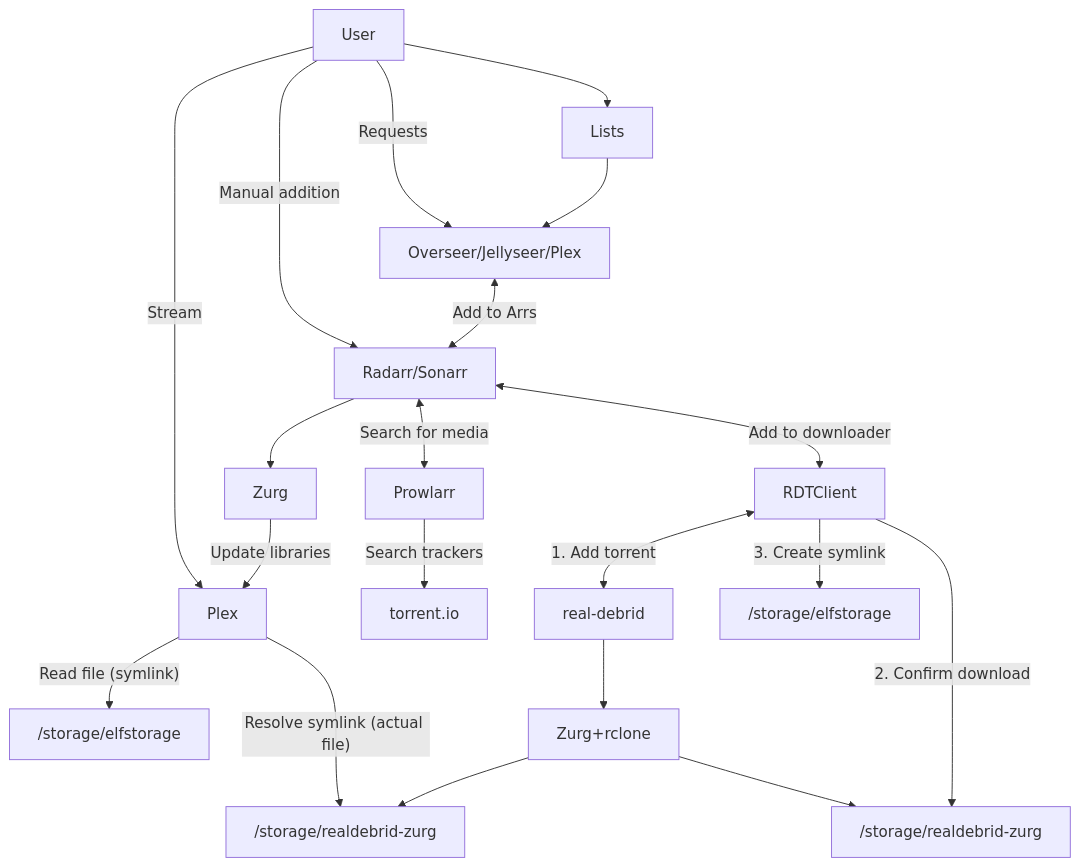
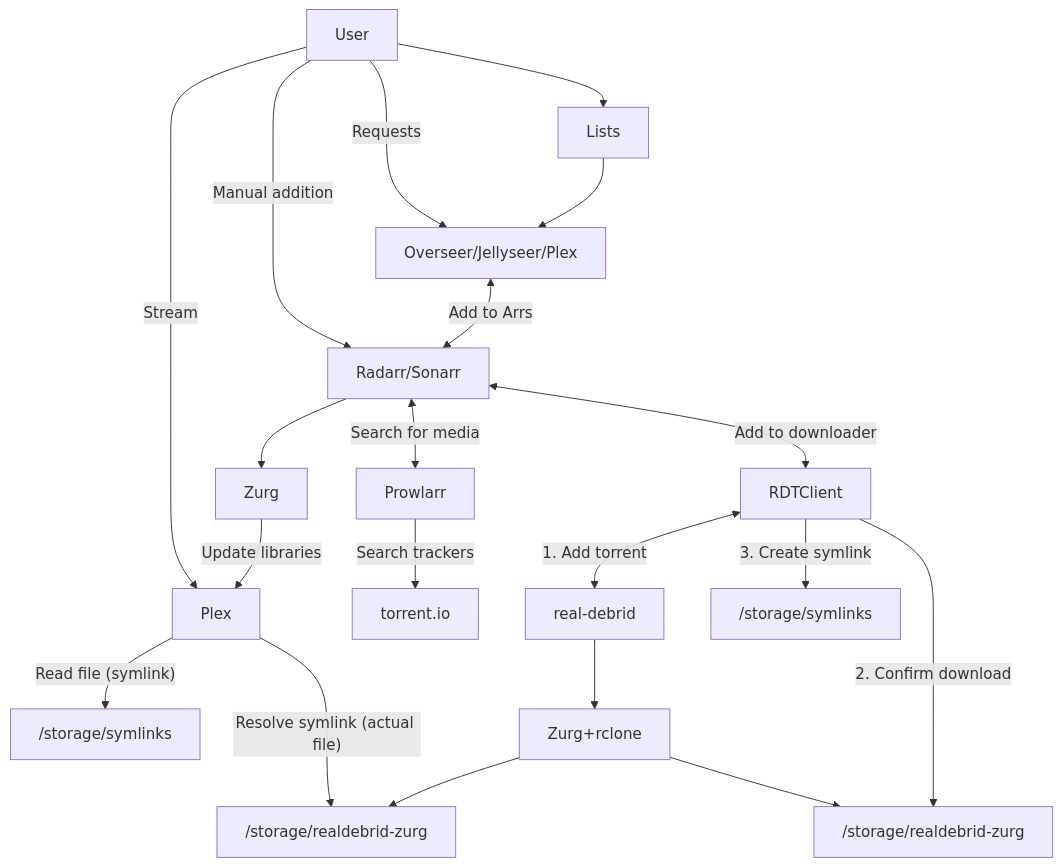
Before and after one commit to elfhosted/elfhosted.com: the diagram in docs/guides/media/stream-from-real-debrid-with-plex-radarr-sonarr-prowlarr.md, drawn with Mermaid. The commit also changed other lines of this file and 3 other files, not shown here.

````diff
--- a/docs/guides/media/stream-from-real-debrid-with-plex-radarr-sonarr-prowlarr.md
+++ b/docs/guides/media/stream-from-real-debrid-with-plex-radarr-sonarr-prowlarr.md
@@ -37,29 +37,29 @@
 ```mermaid
 flowchart TD
     Z[fa:fa-user User] --> |Stream|K
     Z[fa:fa-user User] --> A
     Z[User]--> |Manual addition|D
     Z[User]--> |Requests|C
     A[Lists] --> C[Overseer/Jellyseer/Plex]
     C <--> |Add to Arrs|D[Radarr/Sonarr]
     D --> R[Autoscan]
     D <--> |Search for media|E[Prowlarr]
     D <--> |Add to downloader|G[RDTClient]
     E --> |Search trackers|F[torrent.io]
     G <--> |1. Add torrent|H[real-debrid]
 
     R[Zurg] --> |Update libraries|K[Plex] 
 
-    K[Plex] --> |"Read file (symlink)"|L["/storage/elfstorage"]
+    K[Plex] --> |"Read file (symlink)"|L["/storage/symlinks"]
 
     K[Plex] --> |"Resolve symlink (actual file)"|J["/storage/realdebrid-zurg"]
     %% G --> |Confirm download|J
 
-    G[RDTClient] --> |3. Create symlink|P["/storage/elfstorage"]
+    G[RDTClient] --> |3. Create symlink|P["/storage/symlinks"]
 
     H --> Q[Zurg+rclone]
     Q --> J
 
     Q --> O
     G[RDTClient] --> |2. Confirm download|O["/storage/realdebrid-zurg"]
 ```
````
